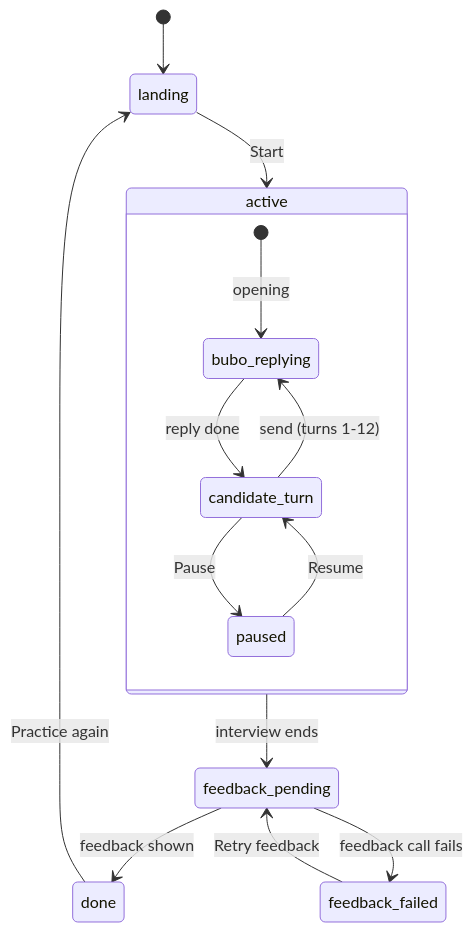
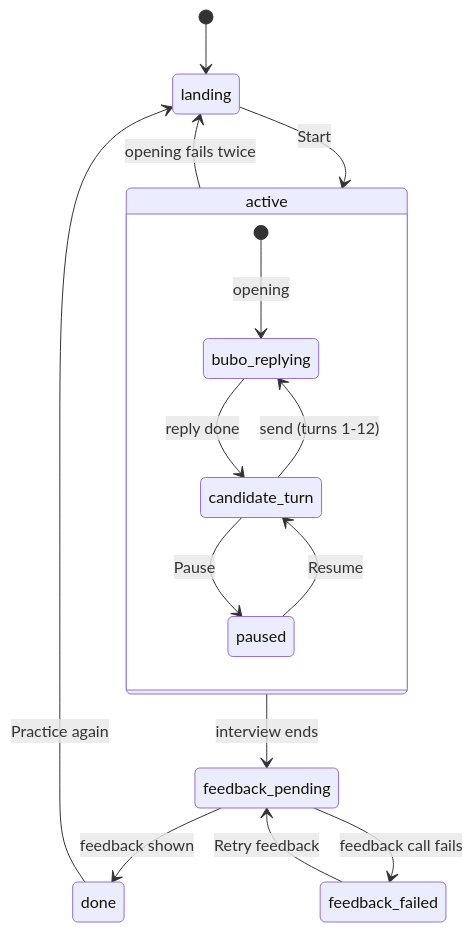
One commit to kat-perreira/interview-buddy changed the diagram in docs/flow.md. Above: the diagram before and after it, drawn with Mermaid. The commit also changed other lines of this file and 15 other files, not shown here.

````diff
--- a/docs/flow.md
+++ b/docs/flow.md
@@ -5,19 +5,20 @@
 ```mermaid
 stateDiagram-v2
     [*] --> landing
     landing --> active: Start
+    active --> landing: opening fails twice
 
     state active {
         [*] --> bubo_replying: opening
         bubo_replying --> candidate_turn: reply done
         candidate_turn --> bubo_replying: send (turns 1-12)
         candidate_turn --> paused: Pause
         paused --> candidate_turn: Resume
     }
 
     active --> feedback_pending: interview ends
     feedback_pending --> done: feedback shown
     feedback_pending --> feedback_failed: feedback call fails
     feedback_failed --> feedback_pending: Retry feedback
     done --> landing: Practice again
 ```
````
